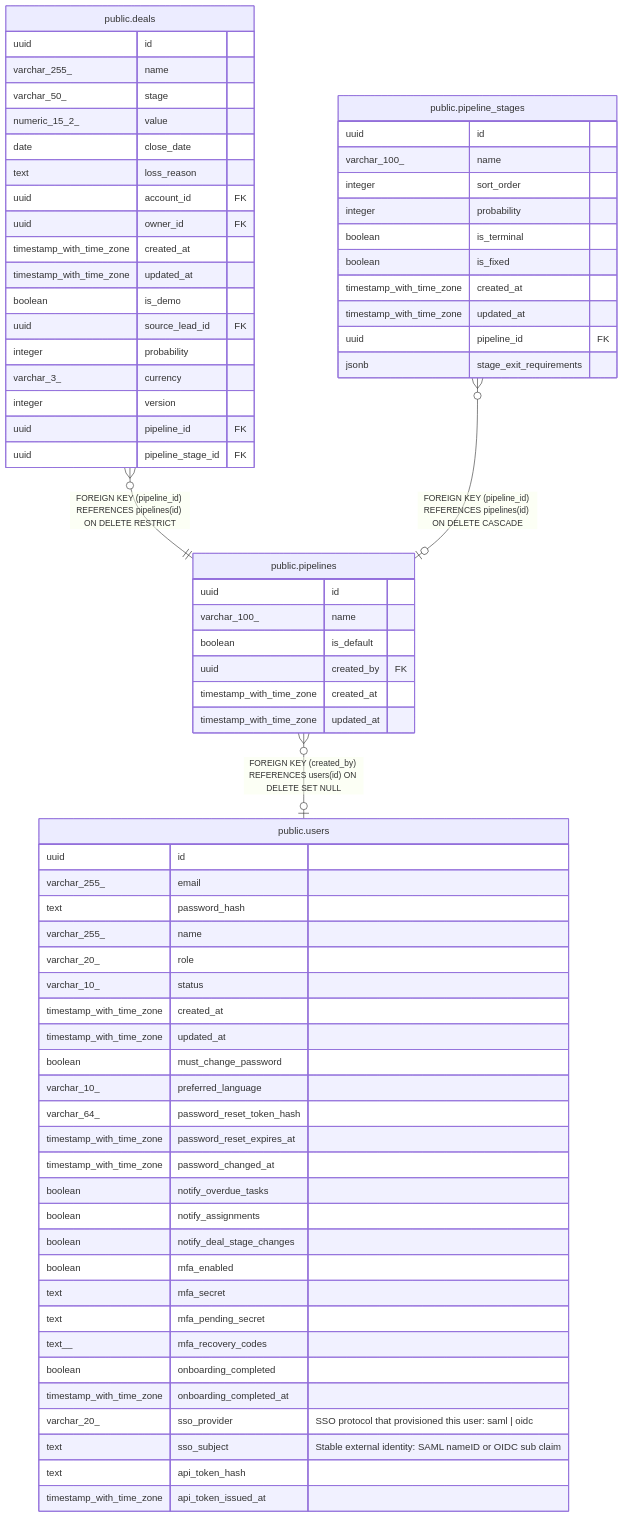
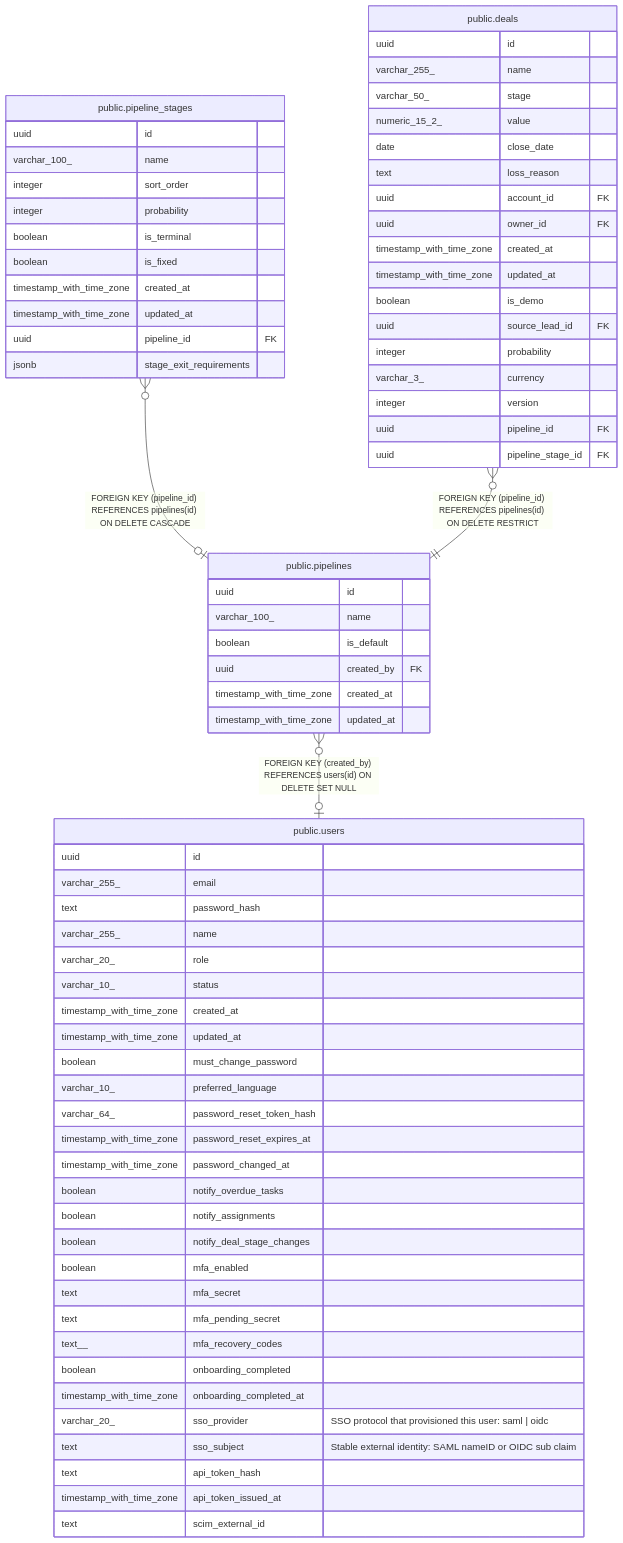
One commit to rkseattle/minicrm changed the diagram in docs/schema/public.pipelines.md. Above: the diagram before and after it, drawn with Mermaid. The commit also changed other lines of this file and 72 other files, not shown here.

````diff
--- a/docs/schema/public.pipelines.md
+++ b/docs/schema/public.pipelines.md
@@ -37,75 +37,76 @@
 ```mermaid
 erDiagram
 
+"public.pipeline_stages" }o--o| "public.pipelines" : "FOREIGN KEY (pipeline_id) REFERENCES pipelines(id) ON DELETE CASCADE"
 "public.deals" }o--|| "public.pipelines" : "FOREIGN KEY (pipeline_id) REFERENCES pipelines(id) ON DELETE RESTRICT"
-"public.pipeline_stages" }o--o| "public.pipelines" : "FOREIGN KEY (pipeline_id) REFERENCES pipelines(id) ON DELETE CASCADE"
 "public.pipelines" }o--o| "public.users" : "FOREIGN KEY (created_by) REFERENCES users(id) ON DELETE SET NULL"
 
 "public.pipelines" {
   uuid id ""
   varchar_100_ name ""
   boolean is_default ""
   uuid created_by FK ""
   timestamp_with_time_zone created_at ""
   timestamp_with_time_zone updated_at ""
+}
+"public.pipeline_stages" {
+  uuid id ""
+  varchar_100_ name ""
+  integer sort_order ""
+  integer probability ""
+  boolean is_terminal ""
+  boolean is_fixed ""
+  timestamp_with_time_zone created_at ""
+  timestamp_with_time_zone updated_at ""
+  uuid pipeline_id FK ""
+  jsonb stage_exit_requirements ""
 }
 "public.deals" {
   uuid id ""
   varchar_255_ name ""
   varchar_50_ stage ""
   numeric_15_2_ value ""
   date close_date ""
   text loss_reason ""
   uuid account_id FK ""
   uuid owner_id FK ""
   timestamp_with_time_zone created_at ""
   timestamp_with_time_zone updated_at ""
   boolean is_demo ""
   uuid source_lead_id FK ""
   integer probability ""
   varchar_3_ currency ""
   integer version ""
   uuid pipeline_id FK ""
   uuid pipeline_stage_id FK ""
-}
-"public.pipeline_stages" {
-  uuid id ""
-  varchar_100_ name ""
-  integer sort_order ""
-  integer probability ""
-  boolean is_terminal ""
-  boolean is_fixed ""
-  timestamp_with_time_zone created_at ""
-  timestamp_with_time_zone updated_at ""
-  uuid pipeline_id FK ""
-  jsonb stage_exit_requirements ""
 }
 "public.users" {
   uuid id ""
   varchar_255_ email ""
   text password_hash ""
   varchar_255_ name ""
   varchar_20_ role ""
   varchar_10_ status ""
   timestamp_with_time_zone created_at ""
   timestamp_with_time_zone updated_at ""
   boolean must_change_password ""
   varchar_10_ preferred_language ""
   varchar_64_ password_reset_token_hash ""
   timestamp_with_time_zone password_reset_expires_at ""
   timestamp_with_time_zone password_changed_at ""
   boolean notify_overdue_tasks ""
   boolean notify_assignments ""
   boolean notify_deal_stage_changes ""
   boolean mfa_enabled ""
   text mfa_secret ""
   text mfa_pending_secret ""
   text__ mfa_recovery_codes ""
   boolean onboarding_completed ""
   timestamp_with_time_zone onboarding_completed_at ""
   varchar_20_ sso_provider "SSO protocol that provisioned this user: saml | oidc"
   text sso_subject "Stable external identity: SAML nameID or OIDC sub claim"
   text api_token_hash ""
   timestamp_with_time_zone api_token_issued_at ""
+  text scim_external_id ""
 }
 ```
````
